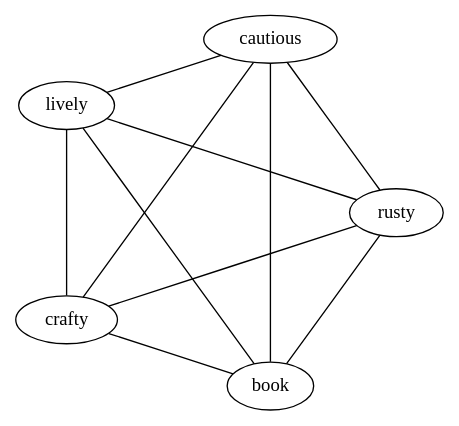
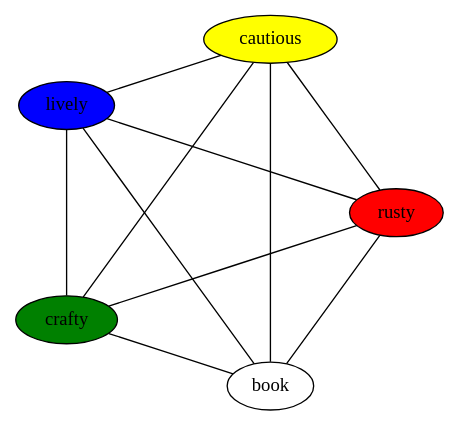
Before and after one commit to mskmoorthy/PancaTantra-Graph: the diagram in src/logos/panchalogo.gv, drawn with Graphviz.

Commit message:
updated the panchalogo.gv - moved the style to each node

```diff
--- a/src/logos/panchalogo.gv
+++ b/src/logos/panchalogo.gv
@@ -1,15 +1,15 @@
 // see https://stackoverflow.com/questions/46317240/how-to-layout-complete-graphs-circularly-using-dot-and-graphviz
 
 graph P  {
         layout=circo 
-        style=filled
+
         book 
-        rusty [fillcolor=red]
-        lively [fillcolor=blue]
-        cautious [fillcolor=yellow]
-        crafty [fillcolor=green]
+        rusty [style=filled,fillcolor=red]
+        lively [style=filled,fillcolor=blue]
+        cautious [style=filled,fillcolor=yellow]
+        crafty [style=filled,fillcolor=green]
         
         book--rusty--lively--cautious--crafty--book //pentagon
 book--lively--crafty--rusty--cautious--book //diagonals
 
 }
```
